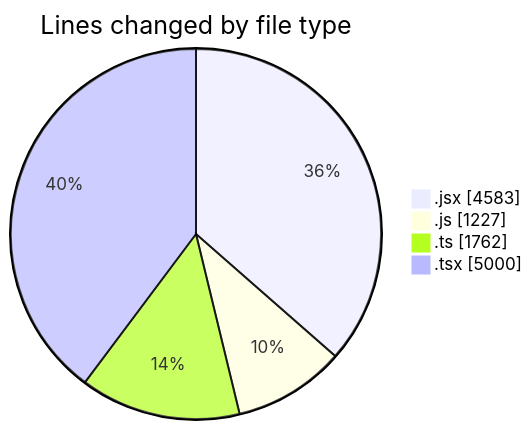
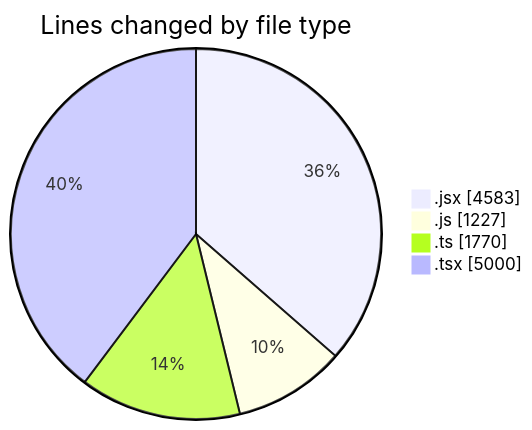
One commit to nxtqubesakshisongat/code-tracking changed the first of 2 diagrams in 2026-01-21/nxtqube_webapp/README.md. Above: the diagram before and after it, drawn with Mermaid. The commit also changed other lines of this file and 1 other file, not shown here.

````diff
--- a/2026-01-21/nxtqube_webapp/README.md
+++ b/2026-01-21/nxtqube_webapp/README.md
@@ -27,8 +27,8 @@
 ```mermaid
 pie showData
 title Lines changed by file type
 ".jsx" : 4583
 ".js" : 1227
-".ts" : 1762
+".ts" : 1770
 ".tsx" : 5000
 ```
````
